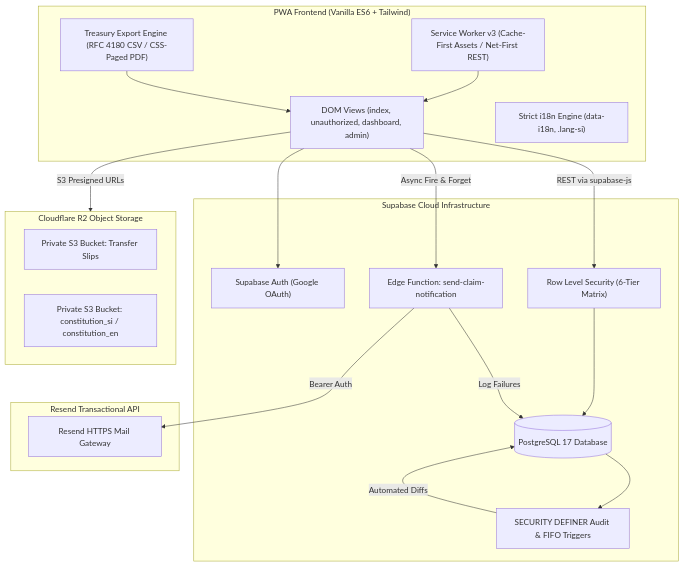
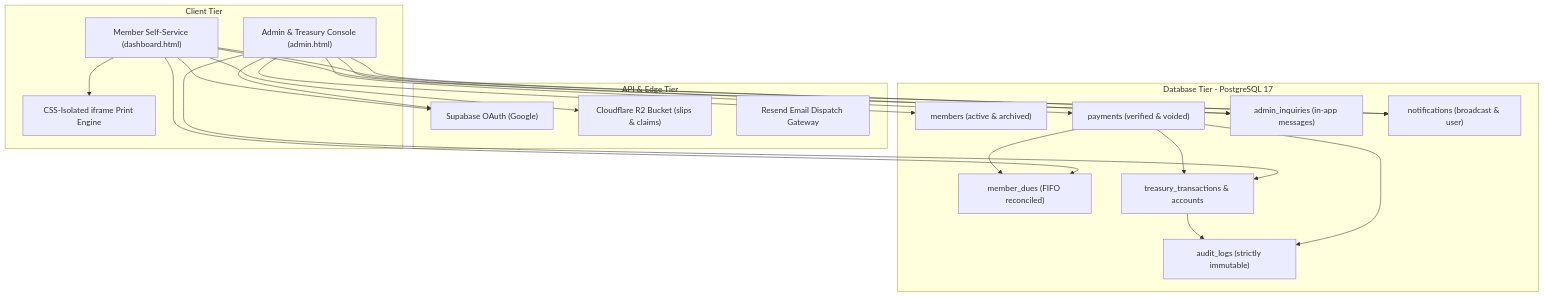
Before and after one commit to kiyamaninfo-alt/MRIA-Management-Welfare-Society: the first of 3 diagrams in design_draft.md, drawn with Mermaid. The commit also changed other lines of this file and 3 other files, not shown here.

````diff
--- a/design_draft.md
+++ b/design_draft.md
@@ -116,38 +137,44 @@
 ```mermaid
-flowchart TD
-    subgraph Client["PWA Frontend (Vanilla ES6 + Tailwind)"]
-        UI["DOM Views (index, unauthorized, dashboard, admin)"]
-        I18N["Strict i18n Engine (data-i18n, .lang-si)"]
-        SW["Service Worker v3 (Cache-First Assets / Net-First REST)"]
-        Export["Treasury Export Engine (RFC 4180 CSV / CSS-Paged PDF)"]
+graph TD
+    subgraph Client Tier
+        AdminUI["Admin & Treasury Console (admin.html)"]
+        DashboardUI["Member Self-Service (dashboard.html)"]
+        PrintEngine["CSS-Isolated iframe Print Engine"]
     end
 
-    subgraph Supabase["Supabase Cloud Infrastructure"]
-        Auth["Supabase Auth (Google OAuth)"]
-        Postgres[("PostgreSQL 17 Database")]
-        RLS["Row Level Security (6-Tier Matrix)"]
-        Triggers["SECURITY DEFINER Audit & FIFO Triggers"]
-        EdgeFn["Edge Function: send-claim-notification"]
+    subgraph API & Edge Tier
+        SupabaseAuth["Supabase OAuth (Google)"]
+        R2Storage["Cloudflare R2 Bucket (slips & claims)"]
+        EdgeEmail["Resend Email Dispatch Gateway"]
     end
 
-    subgraph Storage["Cloudflare R2 Object Storage"]
-        Slips["Private S3 Bucket: Transfer Slips"]
-        CMSFiles["Private S3 Bucket: constitution_si / constitution_en"]
+    subgraph Database Tier - PostgreSQL 17
+        MembersTab["members (active & archived)"]
+        DuesTab["member_dues (FIFO reconciled)"]
+        PaymentsTab["payments (verified & voided)"]
+        TreasuryTab["treasury_transactions & accounts"]
+        InquiriesTab["admin_inquiries (in-app messages)"]
+        NotifTab["notifications (broadcast & user)"]
+        AuditTab["audit_logs (strictly immutable)"]
     end
 
-    subgraph EmailService["Resend Transactional API"]
-        Resend["Resend HTTPS Mail Gateway"]
-    end
+    AdminUI --> SupabaseAuth
+    DashboardUI --> SupabaseAuth
+    DashboardUI --> PrintEngine
 
-    UI --> Auth
-    UI -->|REST via supabase-js| RLS
-    RLS --> Postgres
-    Postgres --> Triggers
-    Triggers -->|Automated Diffs| Postgres
-    UI -->|Async Fire & Forget| EdgeFn
-    EdgeFn -->|Bearer Auth| Resend
-    EdgeFn -->|Log Failures| Postgres
-    UI -->|S3 Presigned URLs| Storage
-    SW --> UI
-    Export --> UI
+    AdminUI --> PaymentsTab
+    AdminUI --> TreasuryTab
+    AdminUI --> MembersTab
+    AdminUI --> InquiriesTab
+    AdminUI --> NotifTab
+
+    DashboardUI --> DuesTab
+    DashboardUI --> InquiriesTab
+    DashboardUI --> NotifTab
+    DashboardUI --> R2Storage
+
+    PaymentsTab --> DuesTab
+    PaymentsTab --> TreasuryTab
+    PaymentsTab --> AuditTab
+    TreasuryTab --> AuditTab
 ```
````
